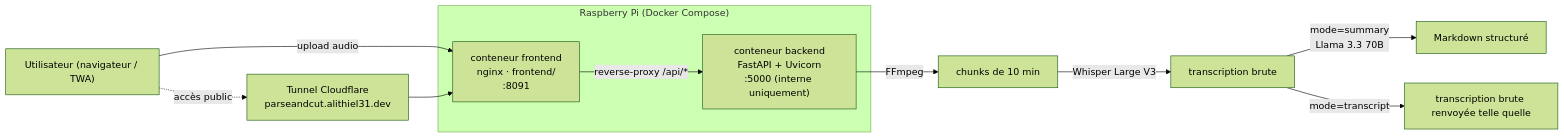
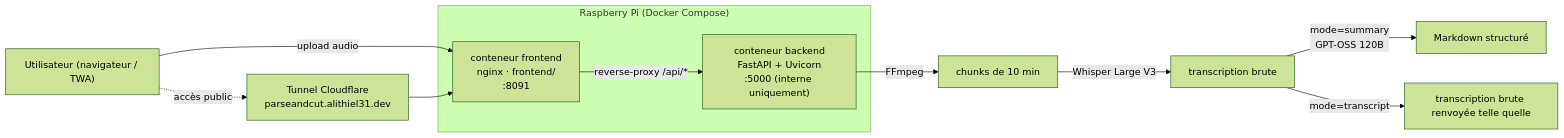
The diagram in README.fr.md (Alithiel31/ParseAndCutV2), drawn with Mermaid (forest theme) before and after one commit. The commit also changed other lines of this file and 11 other files, not shown here.

````diff
--- a/README.fr.md
+++ b/README.fr.md
@@ -65,18 +65,18 @@
 ```mermaid
 flowchart LR
     U["Utilisateur (navigateur / TWA)"] -->|upload audio| FE
 
     subgraph Pi["Raspberry Pi (Docker Compose)"]
         FE["conteneur frontend<br/>nginx · frontend/<br/>:8091"]
         BE["conteneur backend<br/>FastAPI + Uvicorn<br/>:5000 (interne uniquement)"]
         FE -->|reverse-proxy /api/*| BE
     end
 
     BE -->|FFmpeg| CHUNK["chunks de 10 min"]
     CHUNK -->|Whisper Large V3| TXT["transcription brute"]
-    TXT -->|"mode=summary"<br/>Llama 3.3 70B| MD["Markdown structuré"]
+    TXT -->|"mode=summary"<br/>GPT-OSS 120B| MD["Markdown structuré"]
     TXT -->|"mode=transcript"| RAW["transcription brute renvoyée telle quelle"]
 
     TUN["Tunnel Cloudflare<br/>parseandcut.alithiel31.dev"] --> FE
     U -.->|accès public| TUN
 ```
````
